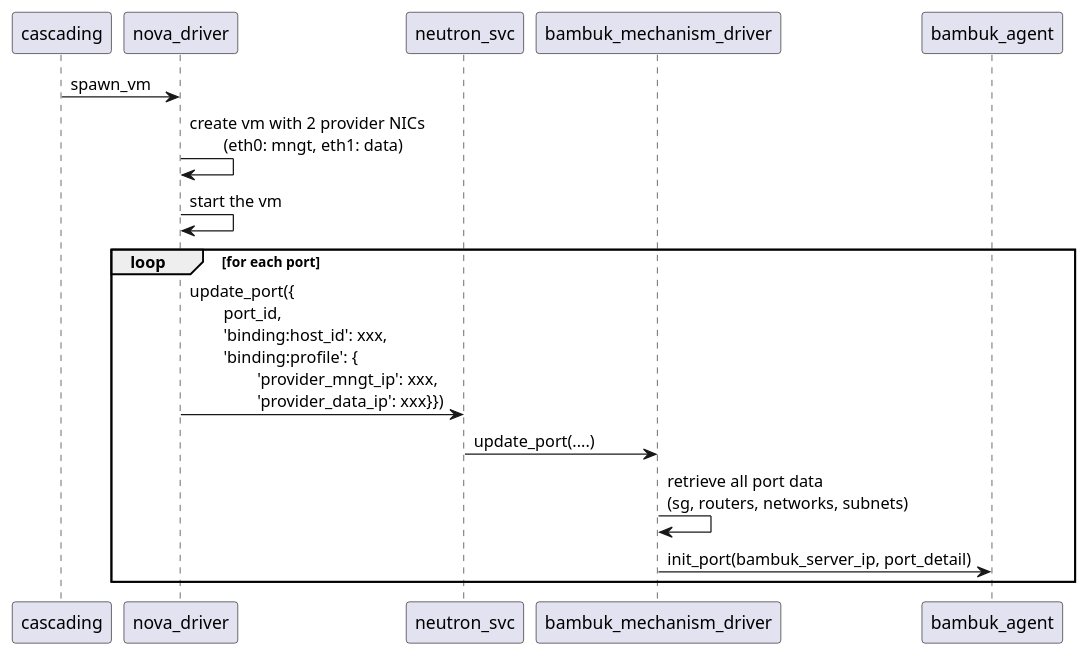
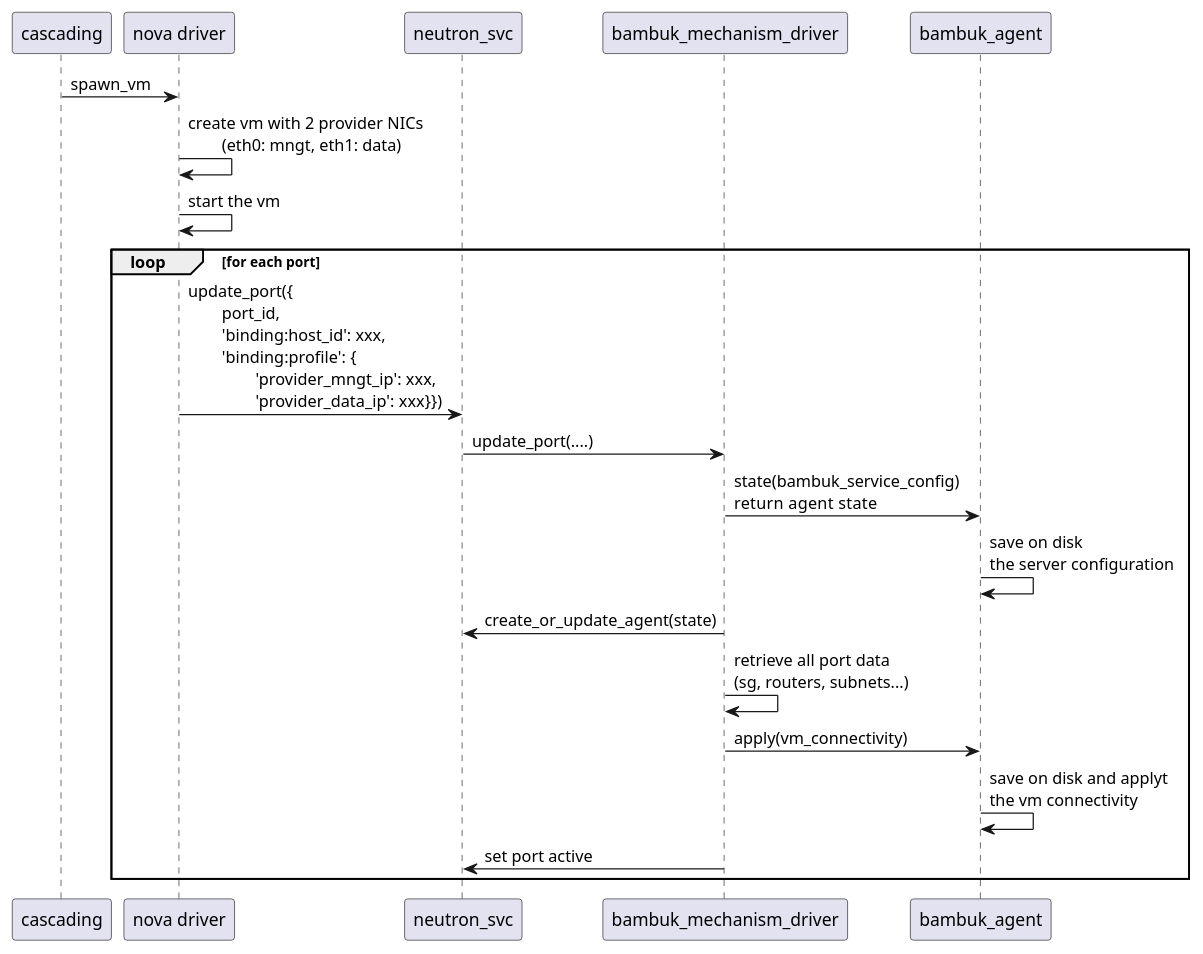
One commit to lionelz/networking-bambuk changed the diagram in doc/source/spawn_vm.puml. Above: the diagram before and after it, drawn with PlantUML. The commit also changed 9 other files, not shown here.

```diff
--- a/doc/source/spawn_vm.puml
+++ b/doc/source/spawn_vm.puml
@@ -1,13 +1,19 @@
 @startuml
+skinparam componentStyle uml2
 
-cascading -> nova_driver: spawn_vm
-nova_driver -> nova_driver: create vm with 2 provider NICs\n\t(eth0: mngt, eth1: data)
-nova_driver -> nova_driver: start the vm
+cascading -> "nova driver": spawn_vm
+"nova driver" -> "nova driver": create vm with 2 provider NICs\n\t(eth0: mngt, eth1: data)
+"nova driver" -> "nova driver": start the vm
 loop for each port
-    nova_driver -> neutron_svc: update_port({\n\tport_id,\n\t'binding:host_id': xxx,\n\t'binding:profile': {\n\t\t'provider_mngt_ip': xxx,\n\t\t'provider_data_ip': xxx}})
+    "nova driver" -> neutron_svc: update_port({\n\tport_id,\n\t'binding:host_id': xxx,\n\t'binding:profile': {\n\t\t'provider_mngt_ip': xxx,\n\t\t'provider_data_ip': xxx}})
     neutron_svc -> bambuk_mechanism_driver: update_port(....)
-    bambuk_mechanism_driver -> bambuk_mechanism_driver: retrieve all port data\n(sg, routers, networks, subnets)
-    bambuk_mechanism_driver -> bambuk_agent: init_port(bambuk_server_ip, port_detail)
+    bambuk_mechanism_driver -> bambuk_agent: state(bambuk_service_config)\nreturn  agent state
+    bambuk_agent -> bambuk_agent: save on disk\nthe server configuration
+    bambuk_mechanism_driver -> neutron_svc: create_or_update_agent(state)
+    bambuk_mechanism_driver -> bambuk_mechanism_driver: retrieve all port data\n(sg, routers, subnets...)
+    bambuk_mechanism_driver -> bambuk_agent: apply(vm_connectivity)
+    bambuk_agent -> bambuk_agent: save on disk and applyt\nthe vm connectivity
+    bambuk_mechanism_driver -> neutron_svc: set port active
 end
 
 @enduml
```
